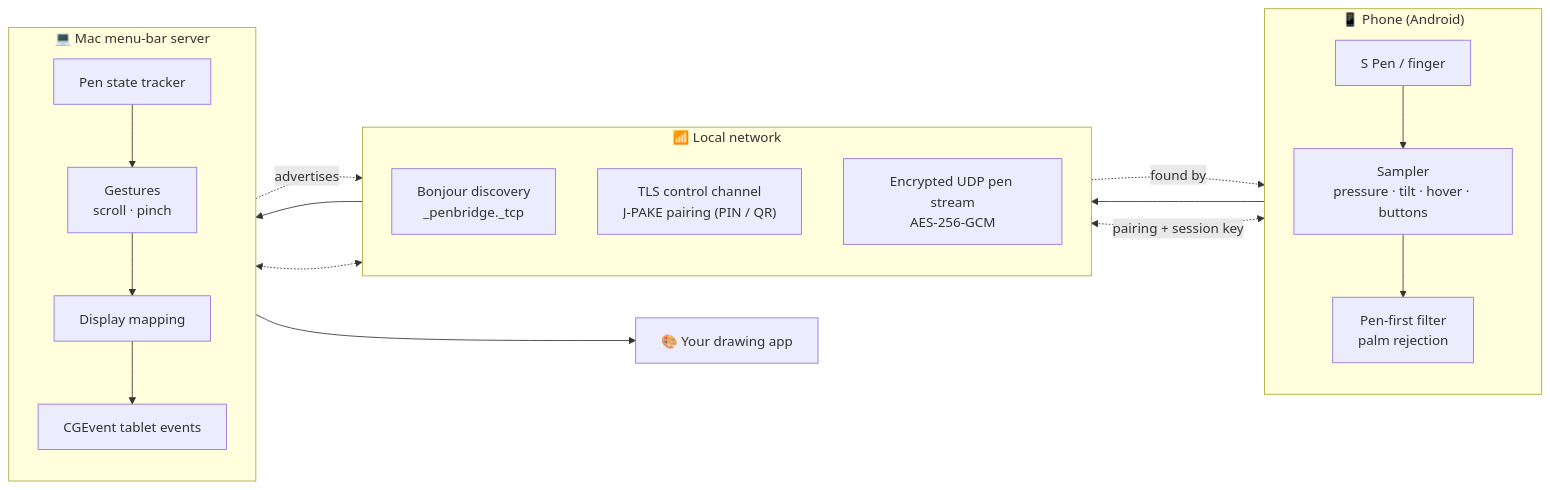
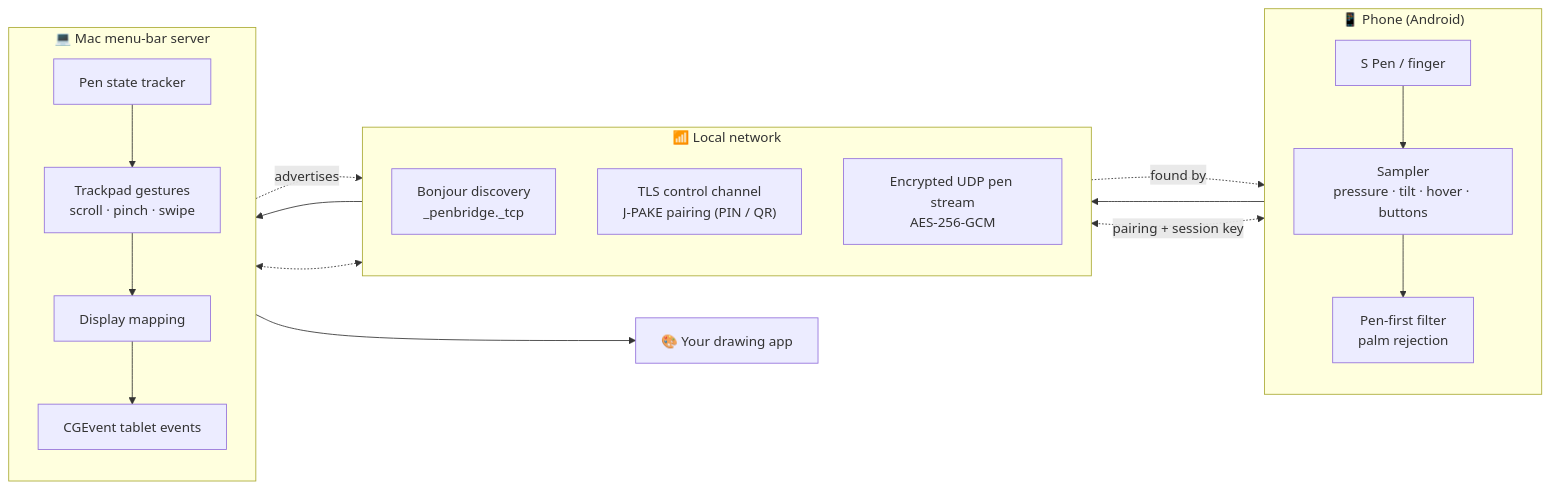
The first of 2 diagrams in README.md (Blake11/PenBridge), drawn with Mermaid before and after one commit. The commit also changed other lines of this file, not shown here.

````diff
--- a/README.md
+++ b/README.md
@@ -22,29 +22,29 @@
 ```mermaid
 flowchart LR
     subgraph Phone["📱 Phone (Android)"]
         direction TB
         Pen["S Pen / finger"] --> Sampler["Sampler<br/>pressure · tilt · hover · buttons"]
         Sampler --> Filter["Pen-first filter<br/>palm rejection"]
     end
 
     subgraph LAN["📶 Local network"]
         direction TB
         Bonjour["Bonjour discovery<br/>_penbridge._tcp"]
         TLS["TLS control channel<br/>J-PAKE pairing (PIN / QR)"]
         UDP["Encrypted UDP pen stream<br/>AES-256-GCM"]
     end
 
     subgraph Mac["💻 Mac menu-bar server"]
         direction TB
-        Tracker["Pen state tracker"] --> Gestures["Gestures<br/>scroll · pinch"]
+        Tracker["Pen state tracker"] --> Gestures["Trackpad gestures<br/>scroll · pinch · swipe"]
         Gestures --> Mapping["Display mapping"]
         Mapping --> Inject["CGEvent tablet events"]
     end
 
     App["🎨 Your drawing app"]
 
     Filter --> UDP --> Tracker
     Mac -. advertises .-> Bonjour -. found by .-> Phone
     Phone <-. pairing + session key .-> TLS <-.-> Mac
     Inject --> App
 ```
````
